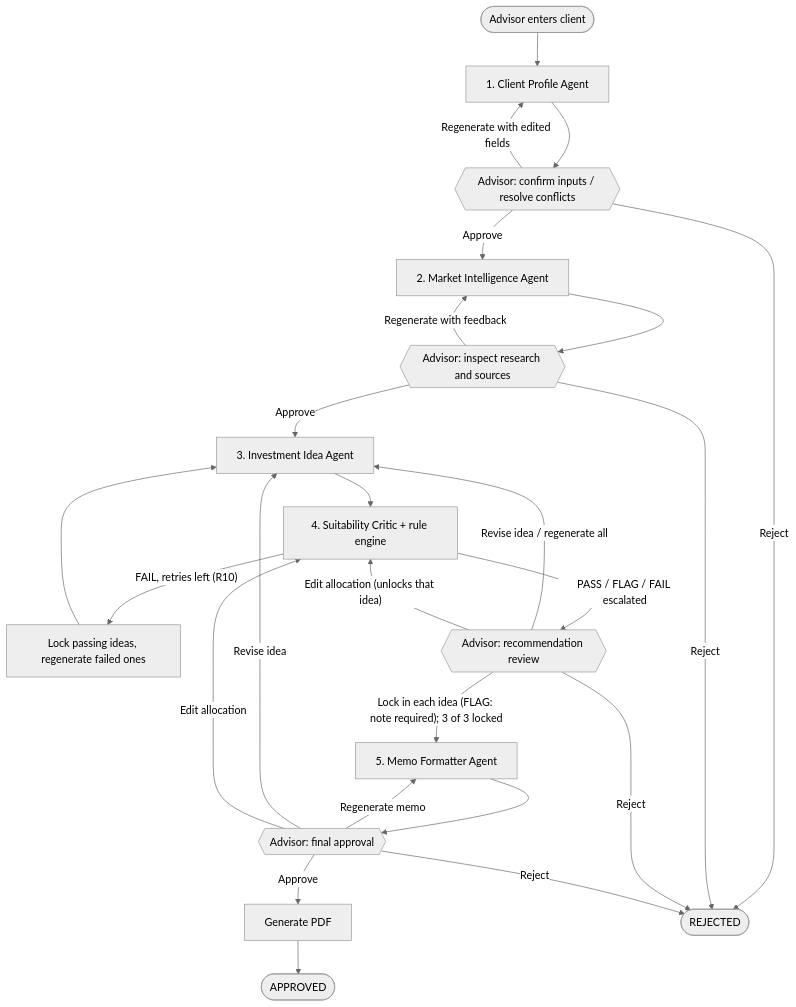
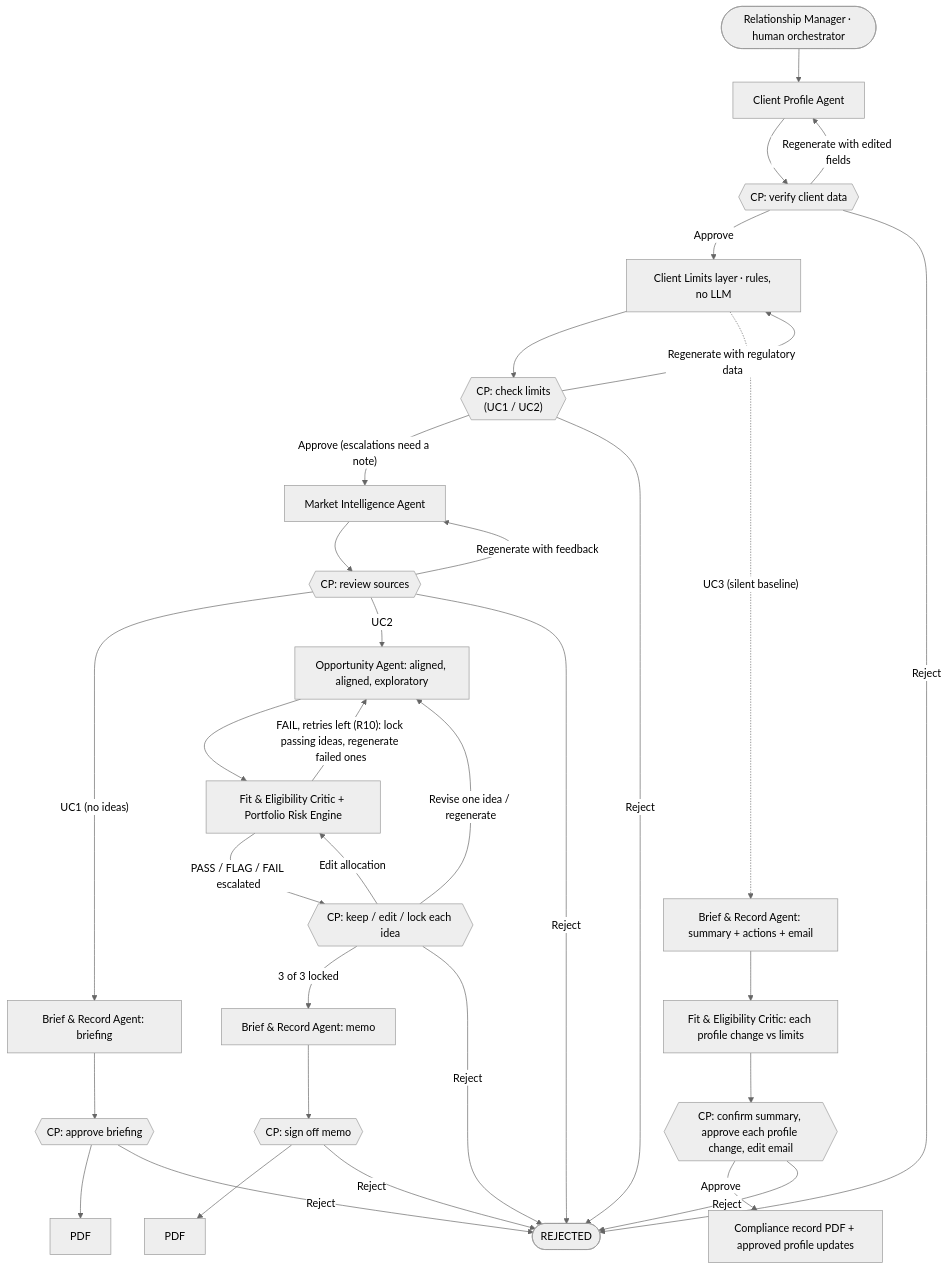
Before and after one commit to swarna2727/UBS-OneView: the diagram in FA-Main/README.md, drawn with Mermaid (neutral theme). The commit also changed other lines of this file, not shown here.

Commit message:
Document the OneView agent workflow

````diff
--- a/FA-Main/README.md
+++ b/FA-Main/README.md
@@ -31,23 +31,27 @@
 ```mermaid
 flowchart TD
-    START([Advisor enters client]) --> CP[1. Client Profile Agent]
-    CP --> R1{{"Advisor: confirm inputs / resolve conflicts"}}
+    RM([Relationship Manager · human orchestrator]) --> CP[Client Profile Agent]
+    CP --> R1{{"CP: verify client data"}}
     R1 -->|"Regenerate with edited fields"| CP
-    R1 -->|"Approve"| MI[2. Market Intelligence Agent]
-    MI --> R2{{"Advisor: inspect research and sources"}}
-    R2 -->|"Regenerate with feedback"| MI
-    R2 -->|"Approve"| IG[3. Investment Idea Agent]
-    IG --> SC[4. Suitability Critic + rule engine]
-    SC -->|"FAIL, retries left (R10)"| SEL[Lock passing ideas, regenerate failed ones]
-    SEL --> IG
-    SC -->|"PASS / FLAG / FAIL escalated"| R3{{"Advisor: recommendation review"}}
-    R3 -->|"Revise idea / regenerate all"| IG
-    R3 -->|"Edit allocation (unlocks that idea)"| SC
-    R3 -->|"Lock in each idea (FLAG: note required); 3 of 3 locked"| MF[5. Memo Formatter Agent]
-    MF --> R4{{"Advisor: final approval"}}
-    R4 -->|"Regenerate memo"| MF
-    R4 -->|"Revise idea"| IG
-    R4 -->|"Edit allocation"| SC
-    R4 -->|"Approve"| PDF[Generate PDF] --> DONE([APPROVED])
-    R1 & R2 & R3 & R4 -->|"Reject"| REJ([REJECTED])
+    R1 -->|"Approve"| CL[Client Limits layer · rules, no LLM]
+    CL --> R2{{"CP: check limits<br/>(UC1 / UC2)"}}
+    R2 -->|"Regenerate with regulatory data"| CL
+    R2 -->|"Approve (escalations need a note)"| MI[Market Intelligence Agent]
+    MI --> R3{{"CP: review sources"}}
+    R3 -->|"Regenerate with feedback"| MI
+    R3 -->|"UC1 (no ideas)"| BR[Brief & Record Agent: briefing]
+    R3 -->|"UC2"| OA[Opportunity Agent: aligned, aligned, exploratory]
+    OA --> FE[Fit & Eligibility Critic + Portfolio Risk Engine]
+    FE -->|"FAIL, retries left (R10): lock passing ideas, regenerate failed ones"| OA
+    FE -->|"PASS / FLAG / FAIL escalated"| R4{{"CP: keep / edit / lock each idea"}}
+    R4 -->|"Revise one idea / regenerate"| OA
+    R4 -->|"Edit allocation"| FE
+    R4 -->|"3 of 3 locked"| BR2[Brief & Record Agent: memo]
+    BR --> R5{{"CP: approve briefing"}} --> PDF1[PDF]
+    BR2 --> R6{{"CP: sign off memo"}} --> PDF2[PDF]
+    CL -.->|"UC3 (silent baseline)"| BRR[Brief & Record Agent: summary + actions + email]
+    BRR --> CR[Fit & Eligibility Critic: each profile change vs limits]
+    CR --> R7{{"CP: confirm summary, approve each profile change, edit email"}}
+    R7 -->|"Approve"| REC[Compliance record PDF + approved profile updates]
+    R1 & R2 & R3 & R4 & R5 & R6 & R7 -->|"Reject"| REJ([REJECTED])
 ```
````
